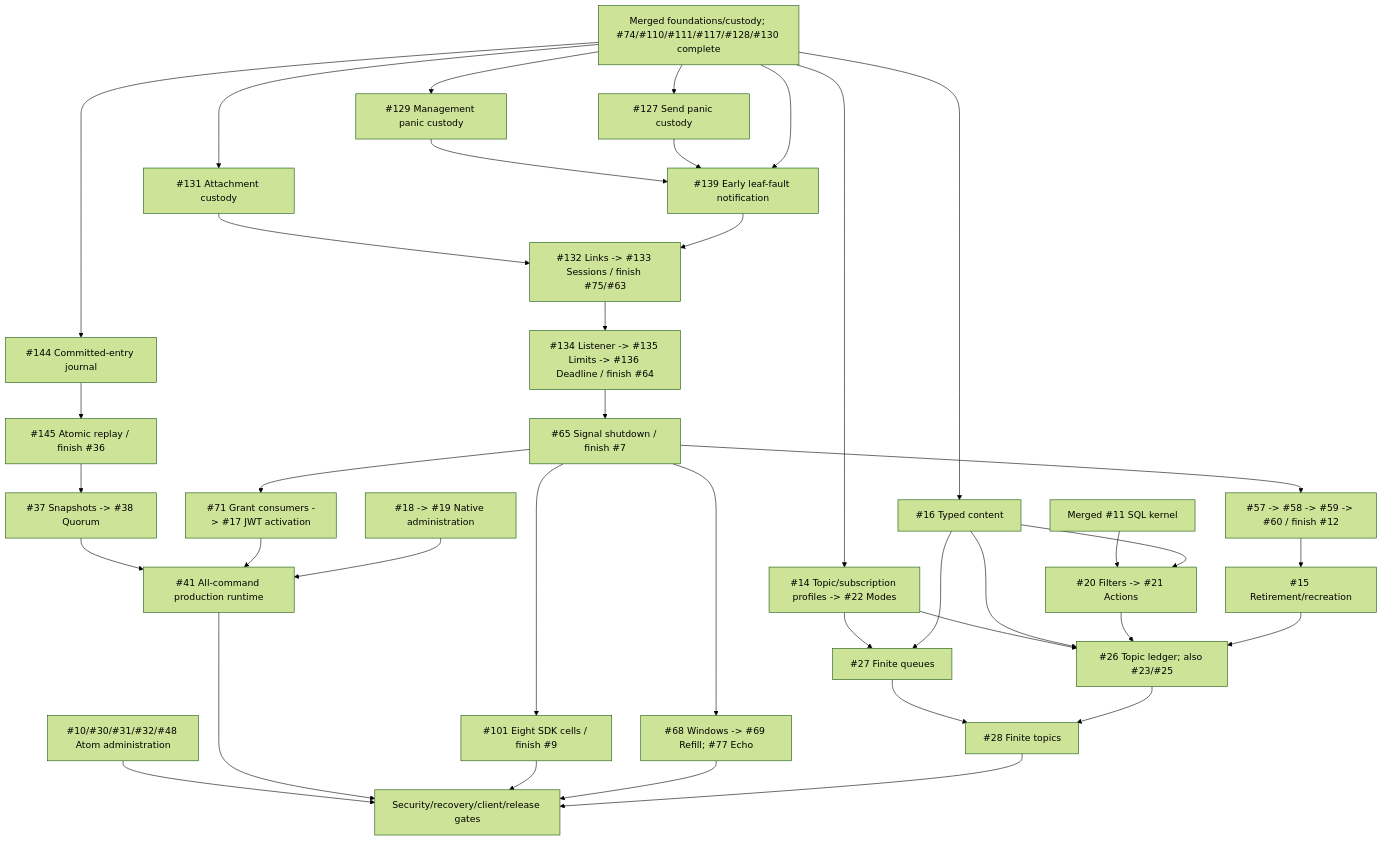
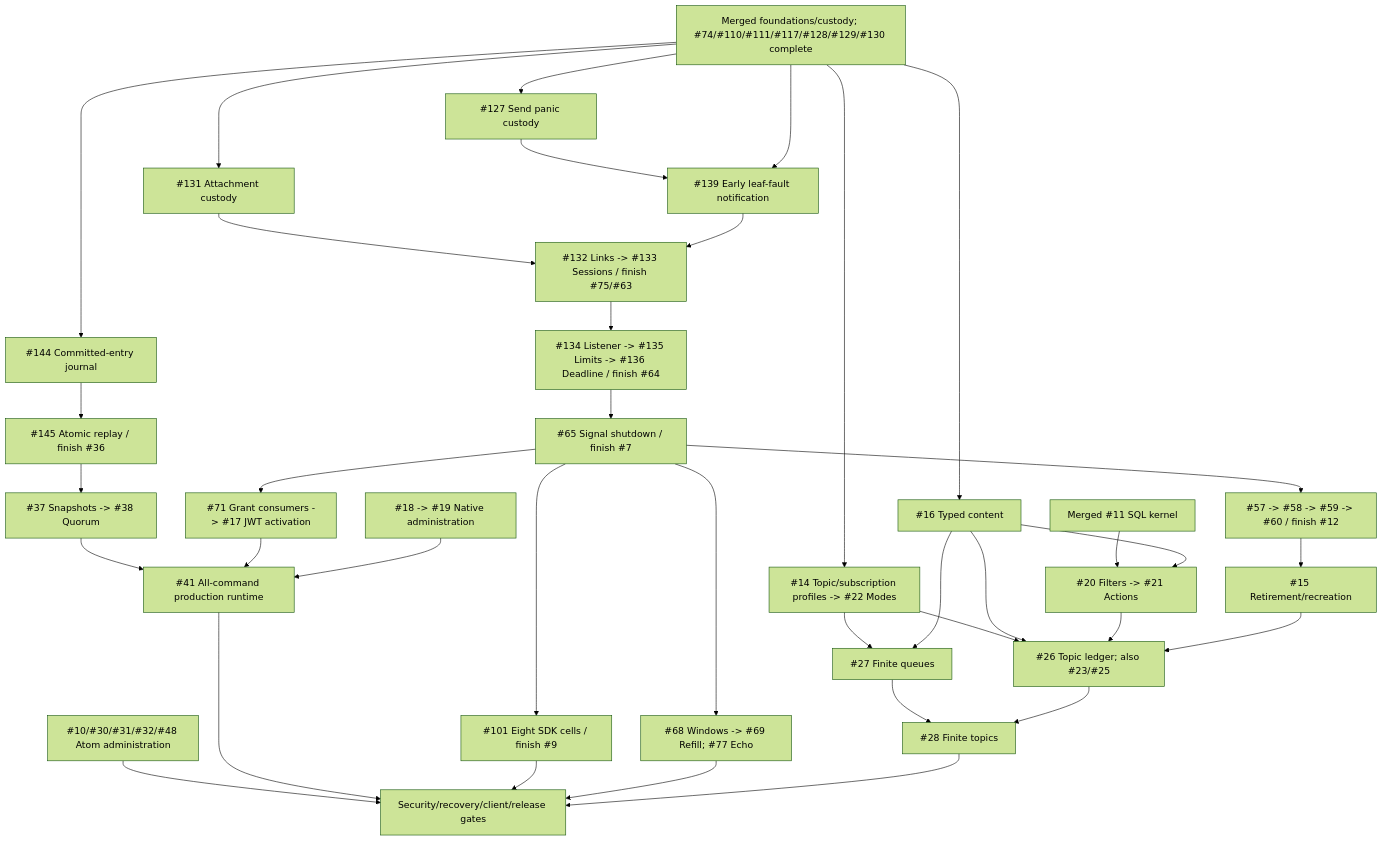
One commit to DeandreT/switchyard changed the diagram in docs/roadmap.md. Above: the diagram before and after it, drawn with Mermaid (forest theme). The commit also changed other lines of this file and 7 other files, not shown here.

First line of the commit message:
feat(protocol-amqp): retain management custody across pump panics

````diff
--- a/docs/roadmap.md
+++ b/docs/roadmap.md
@@ -60,41 +60,39 @@
 ```mermaid
 flowchart TD
-    Main["Merged foundations/custody; #74/#110/#111/#117/#128/#130 complete"] --> Send["#127 Send panic custody"]
-    Main --> Leaves["#129 Management panic custody"]
+    Main["Merged foundations/custody; #74/#110/#111/#117/#128/#129/#130 complete"] --> Send["#127 Send panic custody"]
     Main --> Attachments["#131 Attachment custody"]
-    Leaves --> Fault["#139 Early leaf-fault notification"]
-    Send --> Fault
+    Send --> Fault["#139 Early leaf-fault notification"]
     Main --> Fault
     Attachments --> Trees
     Fault --> Trees["#132 Links -> #133 Sessions / finish #75/#63"]
     Trees --> Admission["#134 Listener -> #135 Limits -> #136 Deadline / finish #64"]
     Admission --> Signals["#65 Signal shutdown / finish #7"]
     Signals --> Authority["#57 -> #58 -> #59 -> #60 / finish #12"]
     Authority --> Delete["#15 Retirement/recreation"]
     Signals --> Grants["#71 Grant consumers -> #17 JWT activation"]
     Signals --> Matrix["#101 Eight SDK cells / finish #9"]
     Signals --> Windows["#68 Windows -> #69 Refill; #77 Echo"]
     Main --> Profiles["#14 Topic/subscription profiles -> #22 Modes"]
     Main --> Content["#16 Typed content"]
     Kernel["Merged #11 SQL kernel"] --> Rules["#20 Filters -> #21 Actions"]
     Content --> Rules
     Profiles --> Queue["#27 Finite queues"]
     Content --> Queue
     Profiles --> Ledger["#26 Topic ledger; also #23/#25"]
     Content --> Ledger
     Rules --> Ledger
     Delete --> Ledger
     Queue --> Topic["#28 Finite topics"]
     Ledger --> Topic
     Main --> Journal["#144 Committed-entry journal"]
     Journal --> Log["#145 Atomic replay / finish #36"]
     Log --> Snapshots["#37 Snapshots -> #38 Quorum"]
     Snapshots --> Runtime["#41 All-command production runtime"]
     Grants --> Runtime
     Admin["#18 -> #19 Native administration"] --> Runtime
     Atom["#10/#30/#31/#32/#48 Atom administration"] --> Gates
     Runtime --> Gates["Security/recovery/client/release gates"]
     Matrix --> Gates
     Windows --> Gates
     Topic --> Gates
 ```
````
